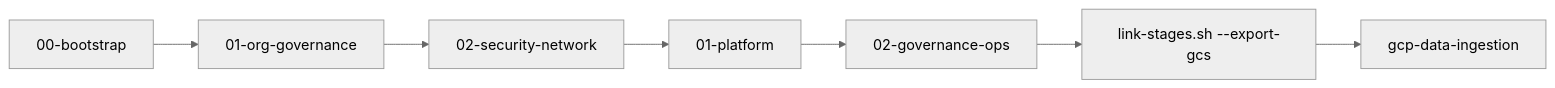
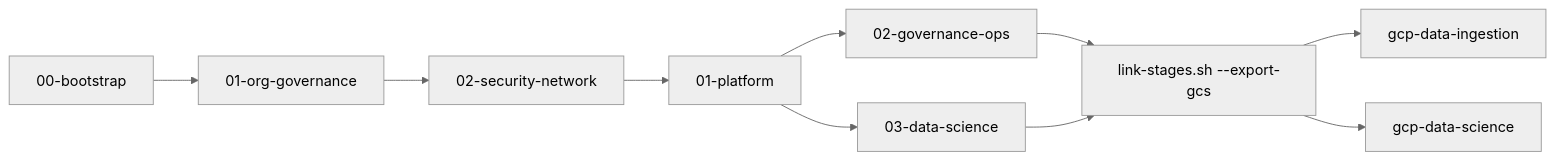
Before and after one commit to choo737/gcp-foundation: the diagram in docs/05-enterprise-operationalization-guide.md, drawn with Mermaid (neutral theme). The commit also changed other lines of this file and 37 other files, not shown here.

Commit message:
feat: add 03-data-science stage, ml-governance module, and Workbench/VPC-SC guardrails

````diff
--- a/docs/05-enterprise-operationalization-guide.md
+++ b/docs/05-enterprise-operationalization-guide.md
@@ -5,9 +5,12 @@
 ```mermaid
 flowchart LR
     B["00-bootstrap"] --> OG["01-org-governance"]
     OG --> SN["02-security-network"]
     SN --> P1["01-platform"]
     P1 --> P2["02-governance-ops"]
+    P1 --> P3["03-data-science"]
     P2 --> GCS["link-stages.sh --export-gcs"]
+    P3 --> GCS
     GCS --> ING["gcp-data-ingestion"]
+    GCS --> DS["gcp-data-science"]
 ```
````
